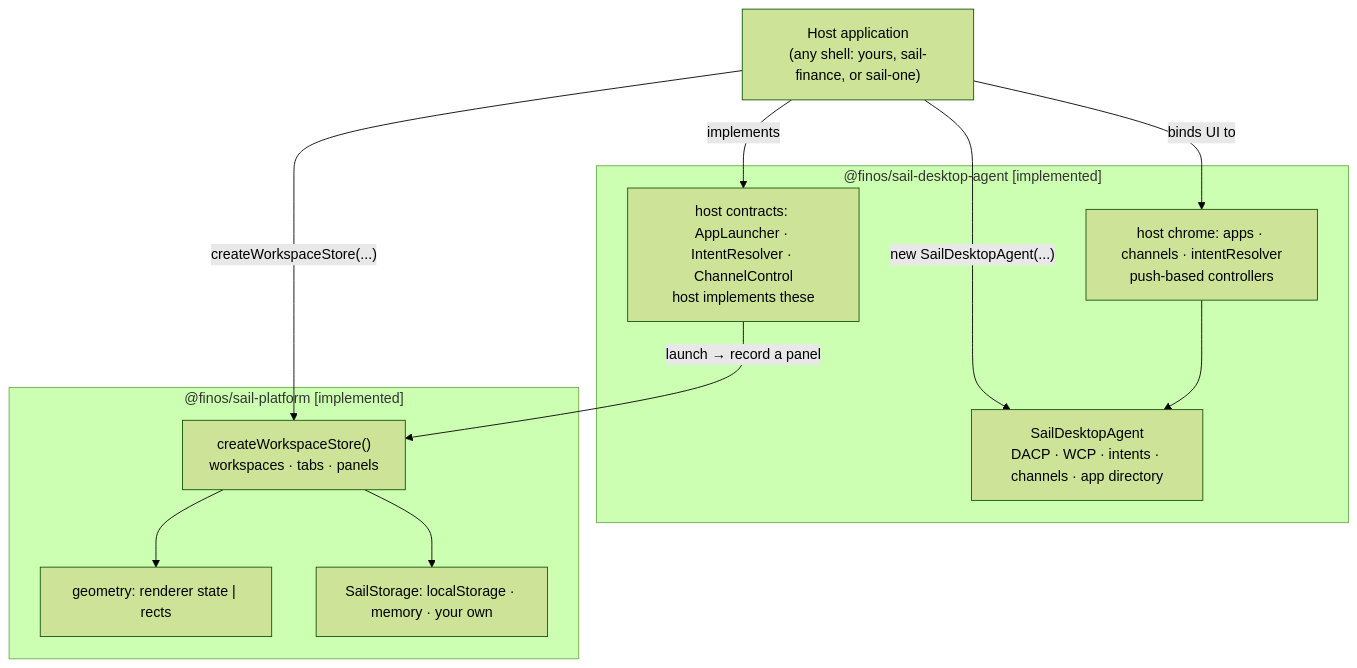
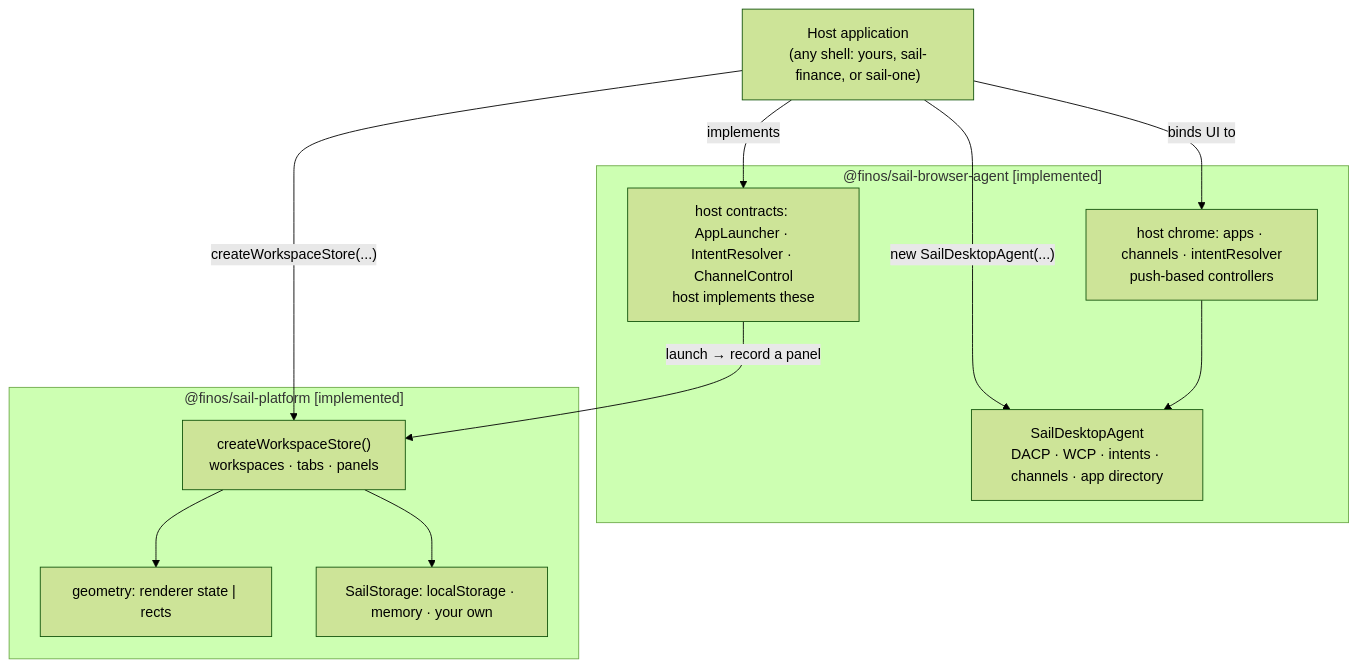
One commit to finos/FDC3-Sail changed the first of 2 diagrams in website/docs/architecture/overview.md. Above: the diagram before and after it, drawn with Mermaid (forest theme). The commit also changed other lines of this file and 239 other files, not shown here.

````diff
--- a/website/docs/architecture/overview.md
+++ b/website/docs/architecture/overview.md
@@ -106,25 +106,25 @@
 ```mermaid
 flowchart TB
   HOST["Host application<br/>(any shell: yours, sail-finance, or sail-one)"]
 
-  subgraph AGENT["@finos/sail-desktop-agent [implemented]"]
+  subgraph AGENT["@finos/sail-browser-agent [implemented]"]
     SDA["SailDesktopAgent<br/>DACP · WCP · intents · channels · app directory"]
     CHROME["host chrome: apps · channels · intentResolver<br/>push-based controllers"]
     SEAMS["host contracts: AppLauncher · IntentResolver · ChannelControl<br/>host implements these"]
   end
 
   subgraph PLAT["@finos/sail-platform [implemented]"]
     WS["createWorkspaceStore()<br/>workspaces · tabs · panels"]
     GEO["geometry: renderer state | rects"]
     ST["SailStorage: localStorage · memory · your own"]
   end
 
   HOST -->|"implements"| SEAMS
   HOST -->|"new SailDesktopAgent(...)"| SDA
   HOST -->|"createWorkspaceStore(...)"| WS
   HOST -->|"binds UI to"| CHROME
   SEAMS -->|"launch → record a panel"| WS
   CHROME --> SDA
   WS --> GEO
   WS --> ST
 ```
````
